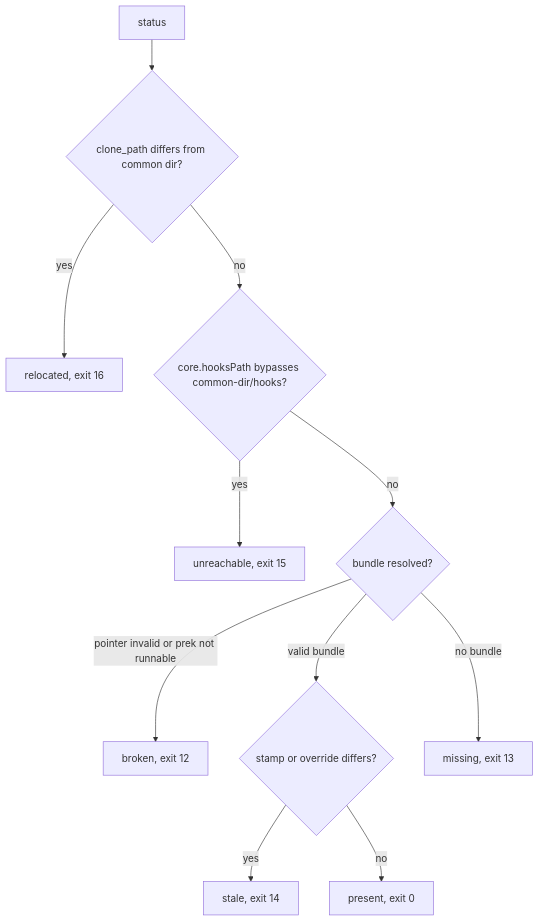
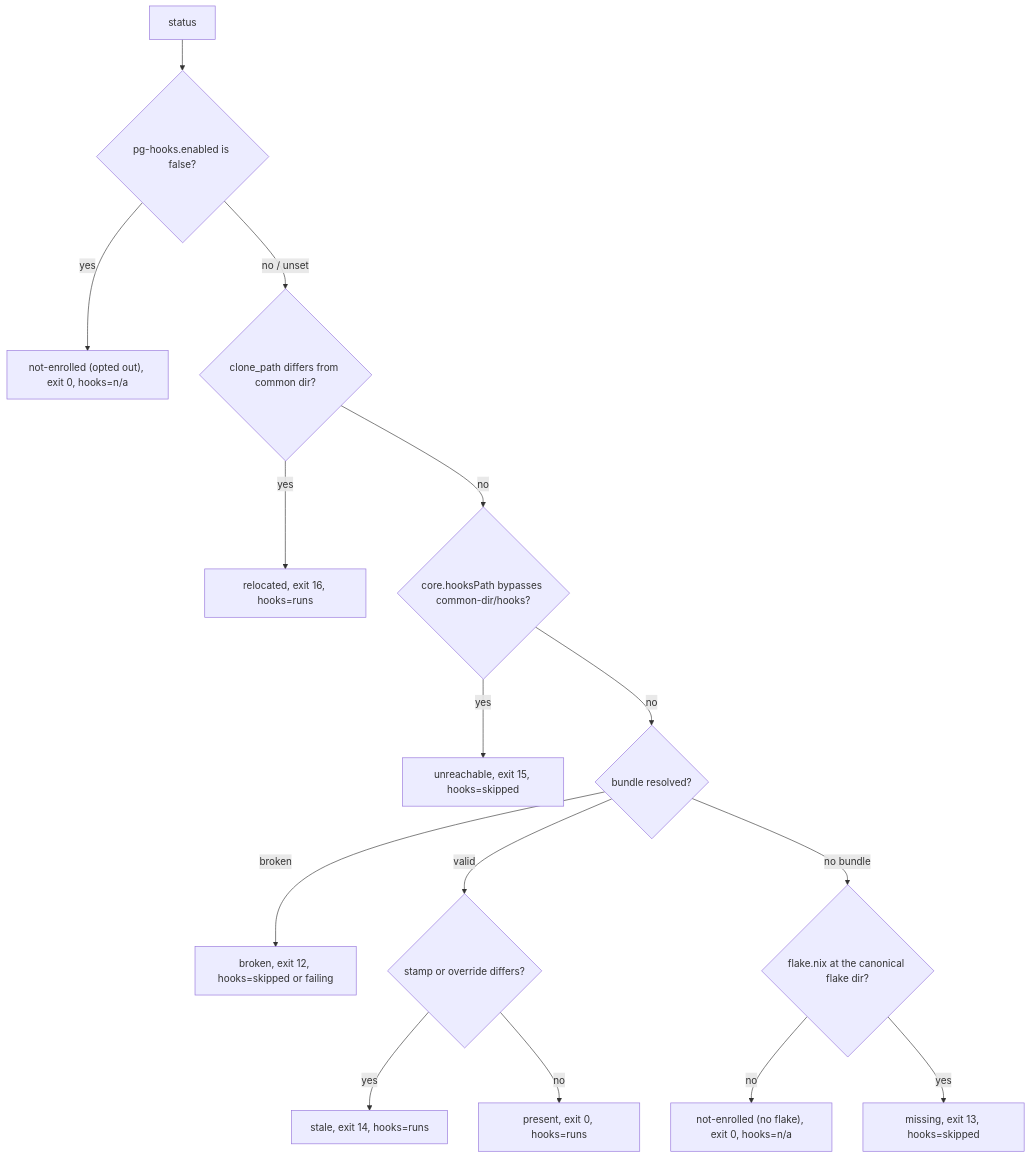
One commit to phillipgreenii/nix-repo-base changed the second of 2 diagrams in docs/hooks.md. Above: the diagram before and after it, drawn with Mermaid. The commit also changed other lines of this file and 19 other files, not shown here.

First line of the commit message:
pg-hooks: not-enrolled state, pg-hooks.enabled opt-out, hooks= status key

````diff
--- a/docs/hooks.md
+++ b/docs/hooks.md
@@ -135,13 +152,17 @@
 ```mermaid
 flowchart TD
-  A["status"] --> B{"clone_path differs from common dir?"}
-  B -->|"yes"| R["relocated, exit 16"]
+  A["status"] --> F{"pg-hooks.enabled is false?"}
+  F -->|"yes"| N1["not-enrolled (opted out), exit 0, hooks=n/a"]
+  F -->|"no / unset"| B{"clone_path differs from common dir?"}
+  B -->|"yes"| R["relocated, exit 16, hooks=runs"]
   B -->|"no"| C{"core.hooksPath bypasses common-dir/hooks?"}
-  C -->|"yes"| U["unreachable, exit 15"]
+  C -->|"yes"| U["unreachable, exit 15, hooks=skipped"]
   C -->|"no"| D{"bundle resolved?"}
-  D -->|"pointer invalid or prek not runnable"| BR["broken, exit 12"]
-  D -->|"valid bundle"| E{"stamp or override differs?"}
-  E -->|"yes"| ST["stale, exit 14"]
-  E -->|"no"| P["present, exit 0"]
-  D -->|"no bundle"| M["missing, exit 13"]
+  D -->|"broken"| BR["broken, exit 12, hooks=skipped or failing"]
+  D -->|"valid"| E{"stamp or override differs?"}
+  E -->|"yes"| ST["stale, exit 14, hooks=runs"]
+  E -->|"no"| P["present, exit 0, hooks=runs"]
+  D -->|"no bundle"| G{"flake.nix at the canonical flake dir?"}
+  G -->|"no"| N2["not-enrolled (no flake), exit 0, hooks=n/a"]
+  G -->|"yes"| M["missing, exit 13, hooks=skipped"]
 ```
````
